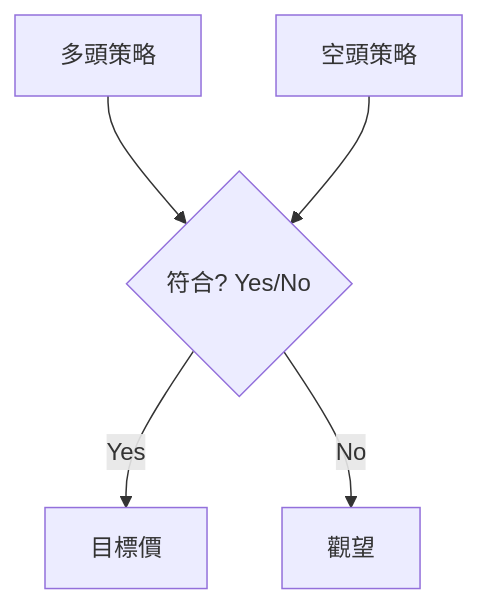
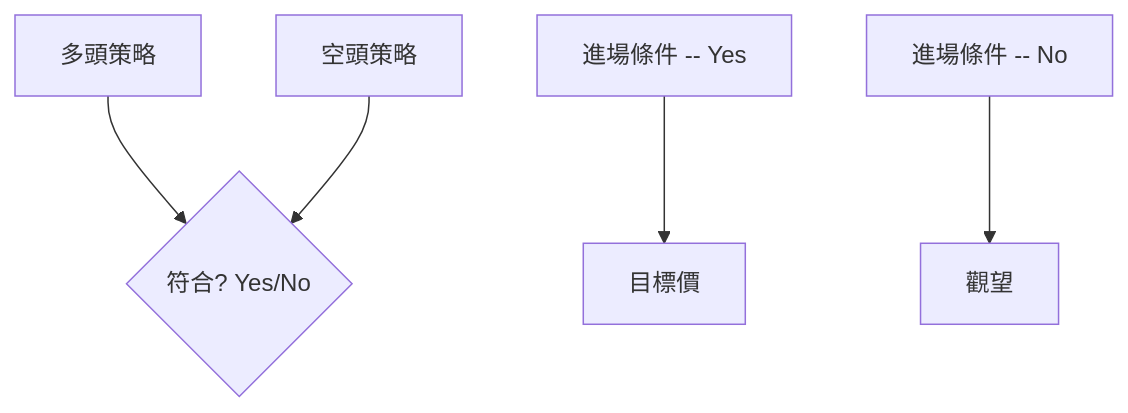
Before and after one commit to yennanliu/finance_data: the ninth of 10 diagrams in ai_gen_report/stock/pltr/technical_analysis_2026-04-06_openai.md, drawn with Mermaid. The commit also changed other lines of this file and 2258 other files, not shown here.

First line of the commit message:
chore: backfill Mermaid syntax repair across existing reports

````diff
--- a/ai_gen_report/stock/pltr/technical_analysis_2026-04-06_openai.md
+++ b/ai_gen_report/stock/pltr/technical_analysis_2026-04-06_openai.md
@@ -332,7 +332,7 @@
 ```mermaid
 graph TD
     多頭策略 --> 進場條件{"符合? Yes/No"}
     空頭策略 --> 進場條件
-    進場條件 -- Yes --> 目標價
-    進場條件 -- No --> 觀望
+    nb1["進場條件 -- Yes"] --> 目標價
+    nb2["進場條件 -- No"] --> 觀望
 ```
````
